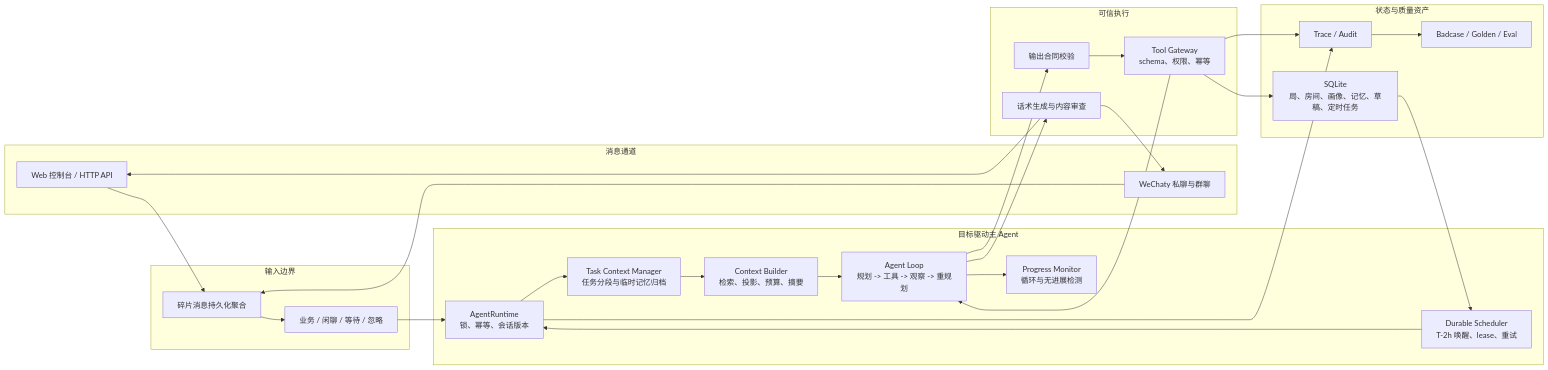
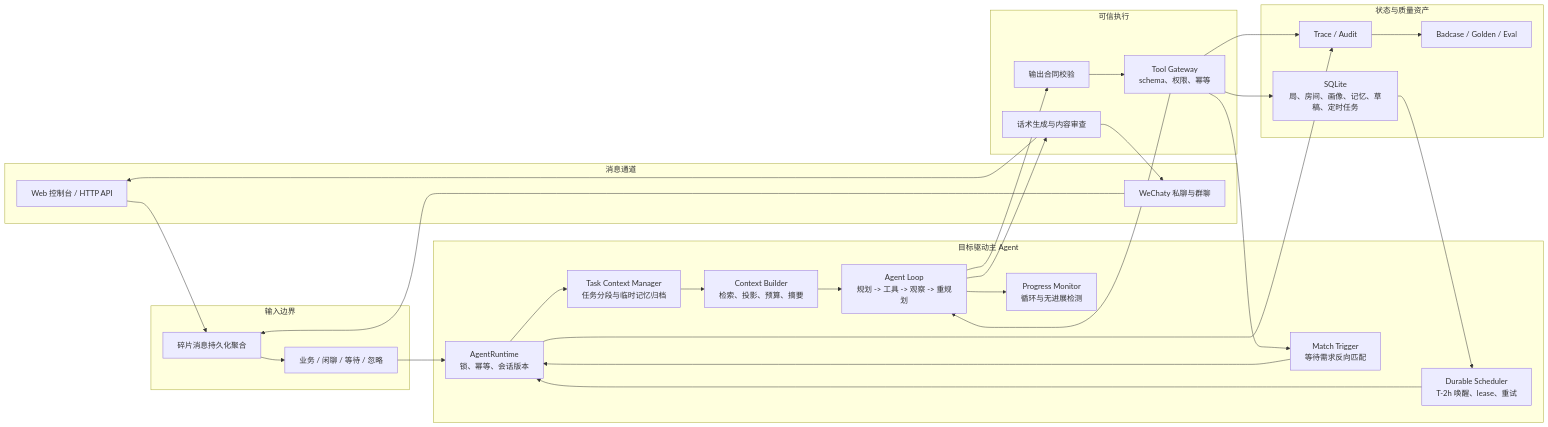
One commit to Schatt3n/mahjong-ops-agent changed the diagram in README.md. Above: the diagram before and after it, drawn with Mermaid. The commit also changed other lines of this file and 27 other files, not shown here.

````diff
--- a/README.md
+++ b/README.md
@@ -55,54 +57,57 @@
 ```mermaid
 flowchart LR
   subgraph Channels["消息通道"]
     Web["Web 控制台 / HTTP API"]
     WeChaty["WeChaty 私聊与群聊"]
   end
 
   subgraph Boundary["输入边界"]
     Buffer["碎片消息持久化聚合"]
     Gate["业务 / 闲聊 / 等待 / 忽略"]
   end
 
   subgraph Agent["目标驱动主 Agent"]
     Runtime["AgentRuntime<br/>锁、幂等、会话版本"]
     TaskContext["Task Context Manager<br/>任务分段与临时记忆归档"]
     Context["Context Builder<br/>检索、投影、预算、摘要"]
     Loop["Agent Loop<br/>规划 -> 工具 -> 观察 -> 重规划"]
     Progress["Progress Monitor<br/>循环与无进展检测"]
     Scheduler["Durable Scheduler<br/>T-2h 唤醒、lease、重试"]
+    Match["Match Trigger<br/>等待需求反向匹配"]
   end
 
   subgraph Execution["可信执行"]
     Contract["输出合同校验"]
     Gateway["Tool Gateway<br/>schema、权限、幂等"]
     Visible["话术生成与内容审查"]
   end
 
   subgraph State["状态与质量资产"]
     SQLite["SQLite<br/>局、房间、画像、记忆、草稿、定时任务"]
     Trace["Trace / Audit"]
     Eval["Badcase / Golden / Eval"]
   end
 
   Web --> Buffer
   WeChaty --> Buffer
   Buffer --> Gate
   Gate --> Runtime
   Runtime --> TaskContext
   TaskContext --> Context
   Context --> Loop
   Loop --> Contract
   Contract --> Gateway
   Gateway --> SQLite
   Gateway --> Loop
+  Gateway --> Match
+  Match --> Runtime
   Loop --> Progress
   Loop --> Visible
   SQLite --> Scheduler
   Scheduler --> Runtime
   Visible --> Web
   Visible --> WeChaty
   Runtime --> Trace
   Gateway --> Trace
   Trace --> Eval
 ```
````
